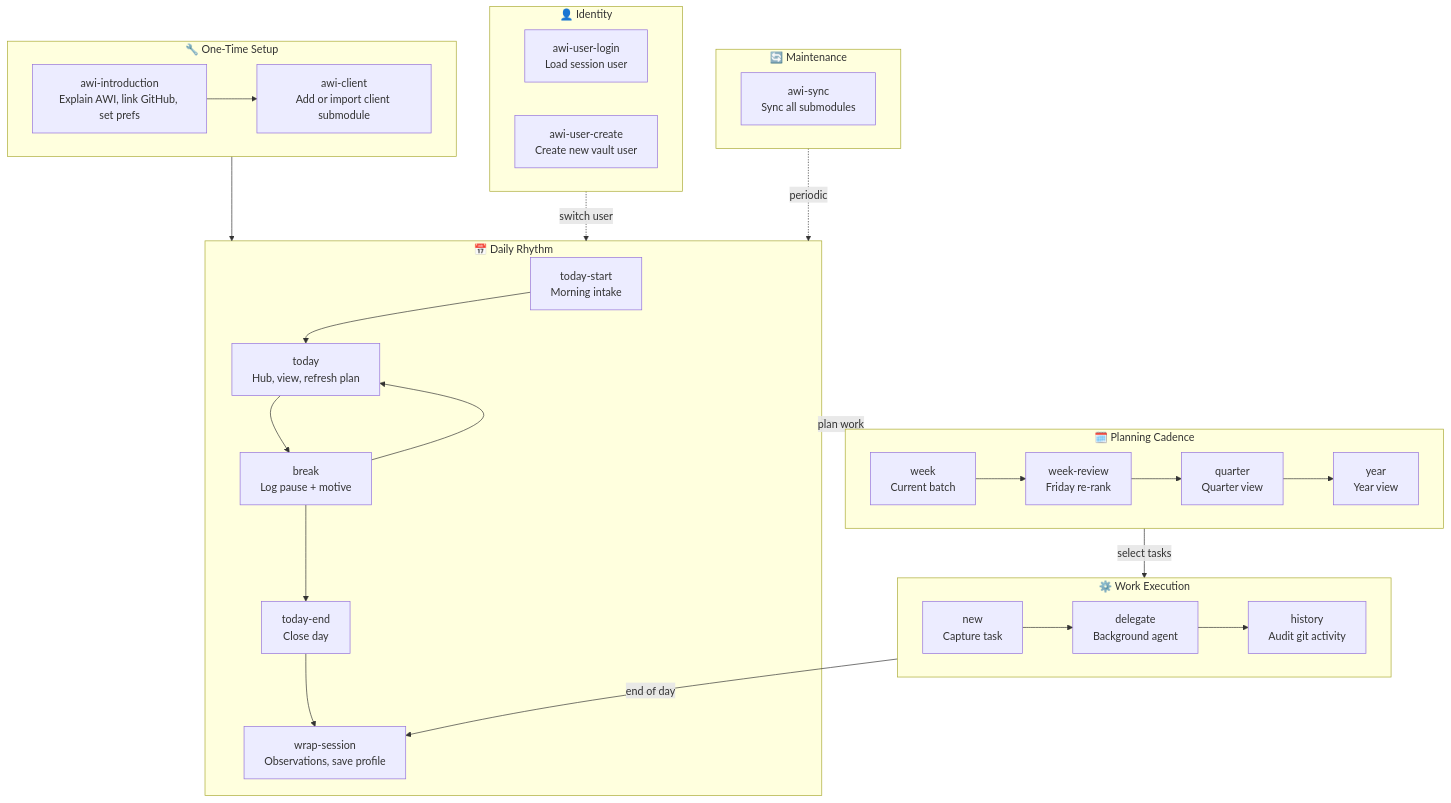
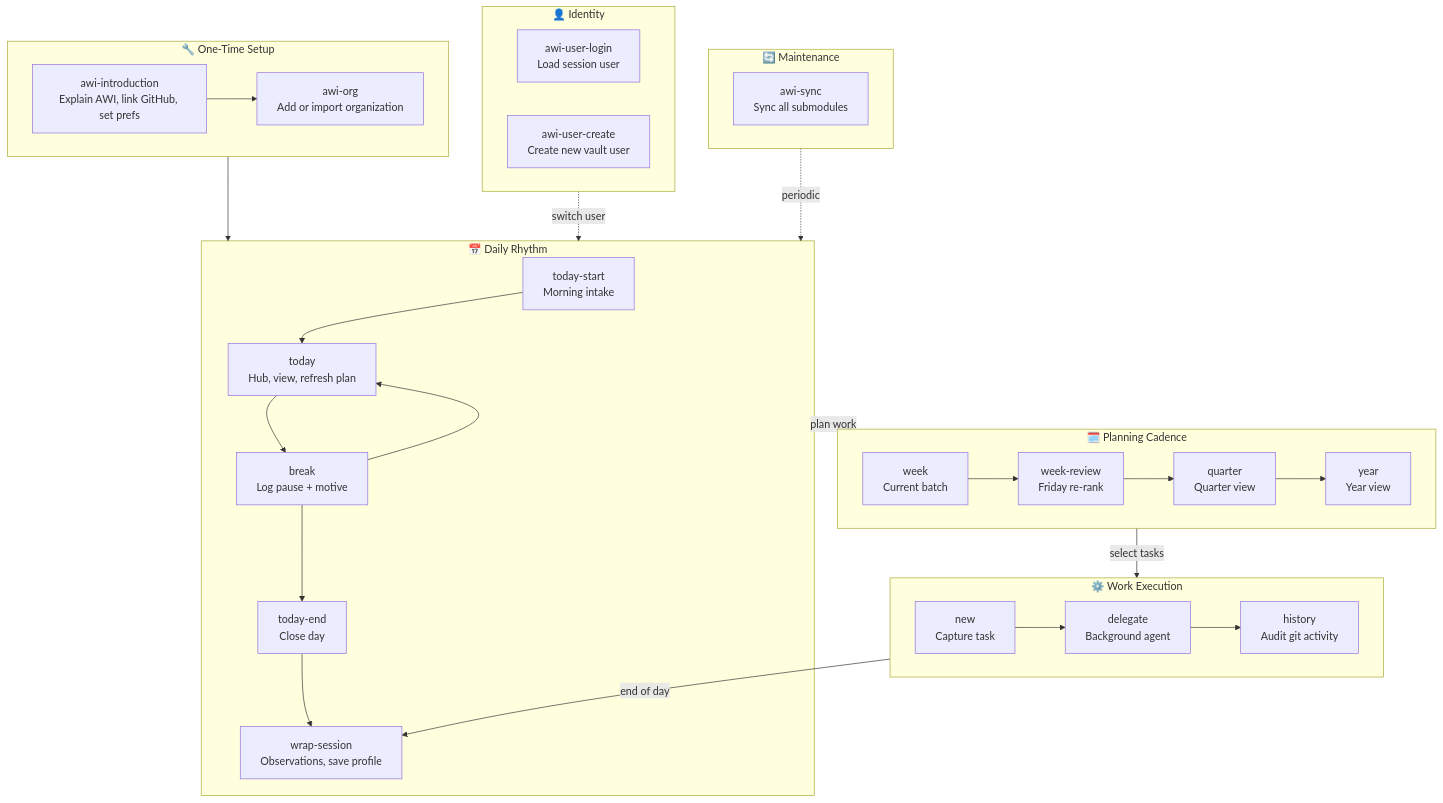
The diagram in _system/agentic-workflow-integrator/workflow-graphs/skills/workflow-diagram.md (GuidoAmici/awi-core), drawn with Mermaid before and after one commit. The commit also changed other lines of this file and 16 other files, not shown here.

````diff
--- a/_system/agentic-workflow-integrator/workflow-graphs/skills/workflow-diagram.md
+++ b/_system/agentic-workflow-integrator/workflow-graphs/skills/workflow-diagram.md
@@ -5,56 +5,56 @@
 ```mermaid
 flowchart TD
     subgraph SETUP["🔧 One-Time Setup"]
         awi_introduction["awi-introduction<br/>Explain AWI, link GitHub, set prefs"]
-        awi_client["awi-client<br/>Add or import client submodule"]
-        awi_introduction --> awi_client
+        awi_org["awi-org<br/>Add or import organization"]
+        awi_introduction --> awi_org
     end
 
     subgraph IDENTITY["👤 Identity"]
         awi_user_login["awi-user-login<br/>Load session user"]
         awi_user_create["awi-user-create<br/>Create new vault user"]
     end
 
     subgraph DAY["📅 Daily Rhythm"]
         today_start["today-start<br/>Morning intake"]
         today["today<br/>Hub, view, refresh plan"]
         break["break<br/>Log pause + motive"]
         today_end["today-end<br/>Close day"]
         wrap_session["wrap-session<br/>Observations, save profile"]
         today_start --> today
         today --> break
         break --> today_end
         today_end --> wrap_session
         break --> today
     end
 
     subgraph PLANNING["🗓️ Planning Cadence"]
         week["week<br/>Current batch"]
         week_review["week-review<br/>Friday re-rank"]
         quarter["quarter<br/>Quarter view"]
         year["year<br/>Year view"]
         week --> week_review
         week_review --> quarter
         quarter --> year
     end
 
     subgraph WORK["⚙️ Work Execution"]
         new["new<br/>Capture task"]
         delegate["delegate<br/>Background agent"]
         history["history<br/>Audit git activity"]
         new --> delegate
         delegate --> history
     end
 
     subgraph MAINTENANCE["🔄 Maintenance"]
         awi_sync["awi-sync<br/>Sync all submodules"]
     end
 
     %% Cross-group flows
     SETUP --> DAY
     IDENTITY -.->|switch user| DAY
     DAY -->|plan work| PLANNING
     PLANNING -->|select tasks| WORK
     WORK -->|end of day| wrap_session
     MAINTENANCE -.->|periodic| DAY
 ```
````
